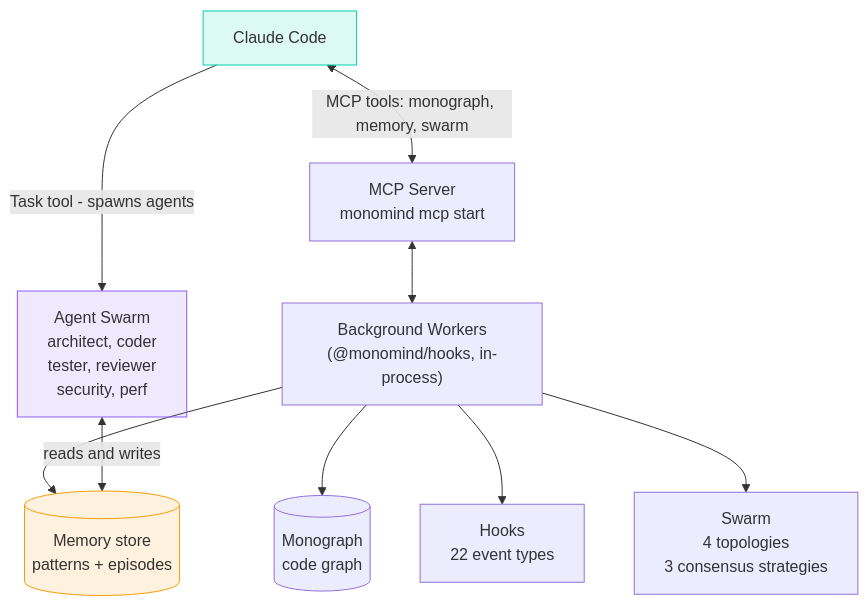
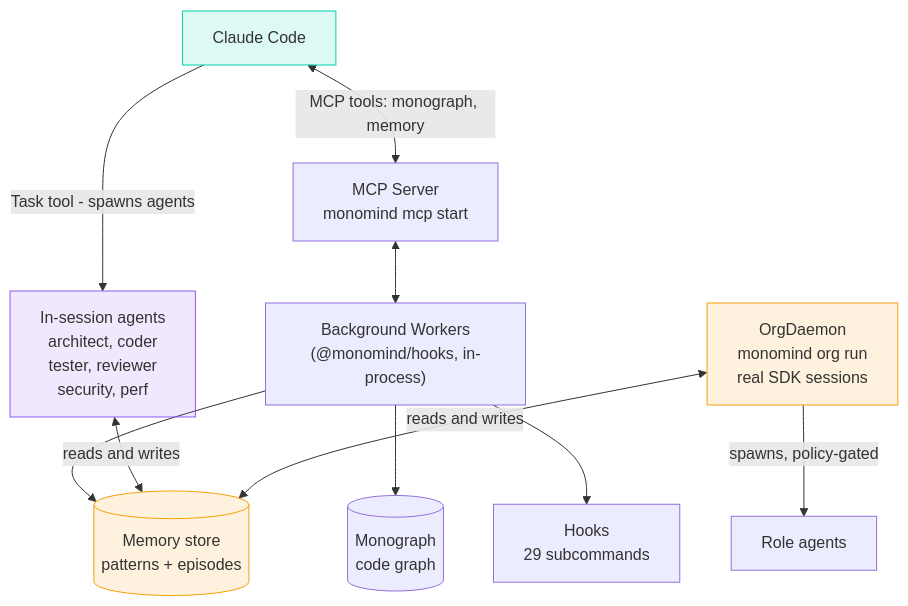
The fifth of 5 diagrams in README.md (monoes/monomind), drawn with Mermaid before and after one commit. The commit also changed other lines of this file, not shown here.

````diff
--- a/README.md
+++ b/README.md
@@ -349,21 +328,24 @@
 ```mermaid
 graph TD
     CC["Claude Code"]
     MCP["MCP Server\nmonomind mcp start"]
     D["Background Workers\n(@monomind/hooks, in-process)"]
+    ORG["OrgDaemon\nmonomind org run\nreal SDK sessions"]
 
-    CC <-->|"MCP tools: monograph, memory, swarm"| MCP
+    CC <-->|"MCP tools: monograph, memory"| MCP
     MCP <--> D
 
     D --> ADB[("Memory store\npatterns + episodes")]
     D --> MG[("Monograph\ncode graph")]
-    D --> HK["Hooks\n22 event types"]
-    D --> SW["Swarm\n4 topologies\n3 consensus strategies"]
+    D --> HK["Hooks\n29 subcommands"]
 
-    CC -->|"Task tool - spawns agents"| AG["Agent Swarm\narchitect, coder\ntester, reviewer\nsecurity, perf"]
+    CC -->|"Task tool - spawns agents"| AG["In-session agents\narchitect, coder\ntester, reviewer\nsecurity, perf"]
     AG <-->|reads and writes| ADB
+    ORG -->|"spawns, policy-gated"| RA["Role agents"]
+    ORG <-->|reads and writes| ADB
 
     style CC fill:#00D2AA22,stroke:#00D2AA
     style AG fill:#8B5CF622,stroke:#8B5CF6
     style ADB fill:#F59E0B22,stroke:#F59E0B
+    style ORG fill:#F59E0B22,stroke:#F59E0B
 ```
````
